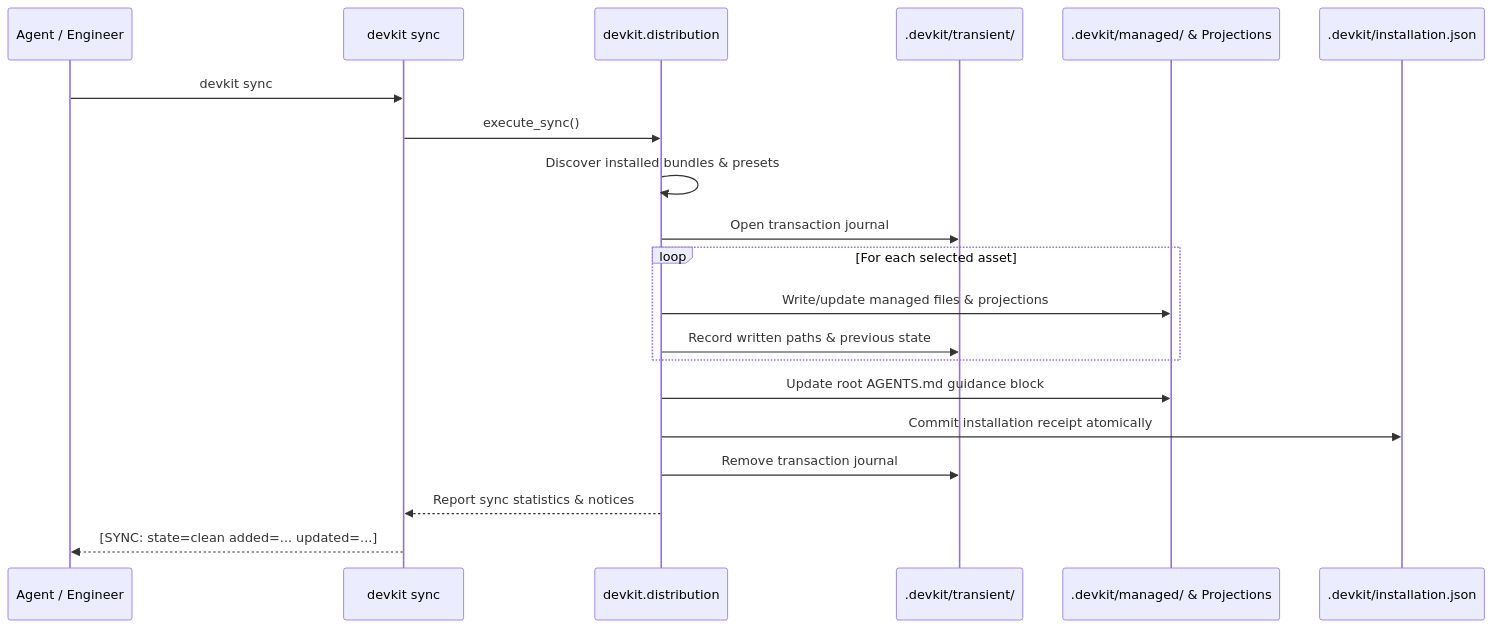
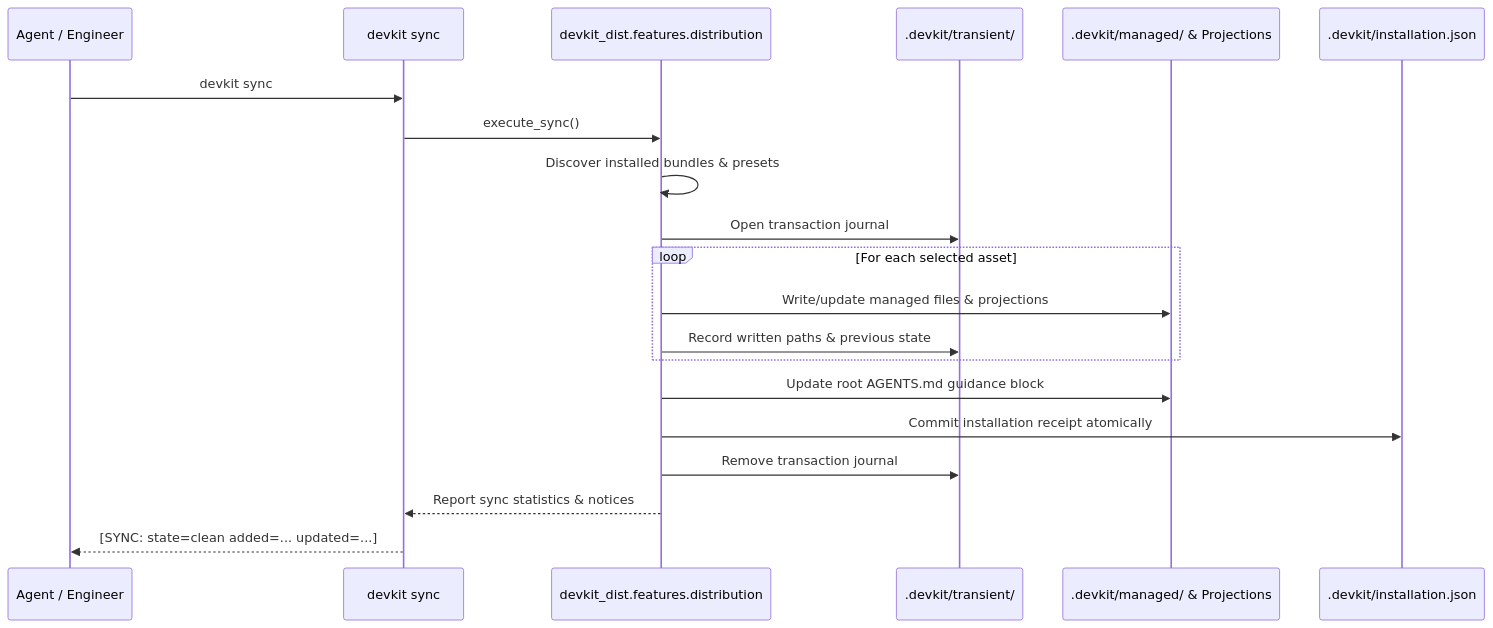
The first of 2 diagrams in docs/architecture/ARCH-06-runtime-view.md (mjkimR/devkit), drawn with Mermaid before and after one commit. The commit also changed other lines of this file and 1143 other files, not shown here.

````diff
--- a/docs/architecture/ARCH-06-runtime-view.md
+++ b/docs/architecture/ARCH-06-runtime-view.md
@@ -20,23 +20,23 @@
 ```mermaid
 sequenceDiagram
     participant Dev as Agent / Engineer
     participant CLI as devkit sync
-    participant Dist as devkit.distribution
+    participant Dist as devkit_dist.features.distribution
     participant Journal as .devkit/transient/
     participant Target as .devkit/managed/ & Projections
     participant Receipt as .devkit/installation.json
 
     Dev->>CLI: devkit sync
     CLI->>Dist: execute_sync()
     Dist->>Dist: Discover installed bundles & presets
     Dist->>Journal: Open transaction journal
     loop For each selected asset
         Dist->>Target: Write/update managed files & projections
         Dist->>Journal: Record written paths & previous state
     end
     Dist->>Target: Update root AGENTS.md guidance block
     Dist->>Receipt: Commit installation receipt atomically
     Dist->>Journal: Remove transaction journal
     Dist-->>CLI: Report sync statistics & notices
     CLI-->>Dev: [SYNC: state=clean added=... updated=...]
 ```
````
